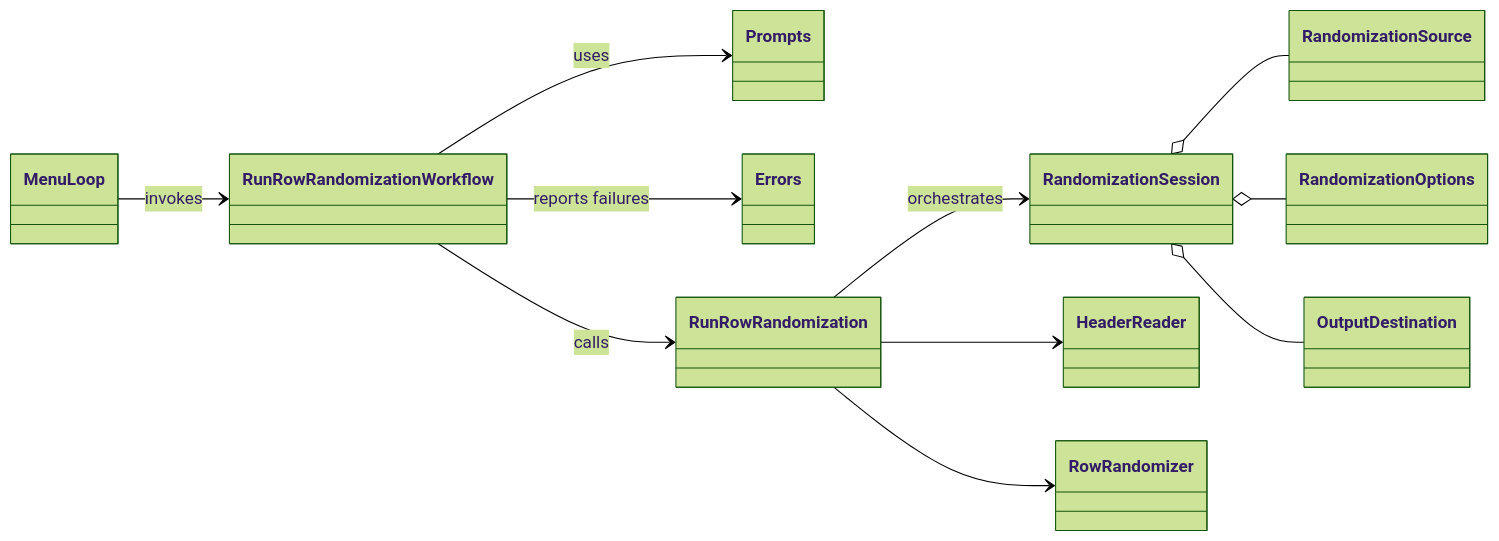
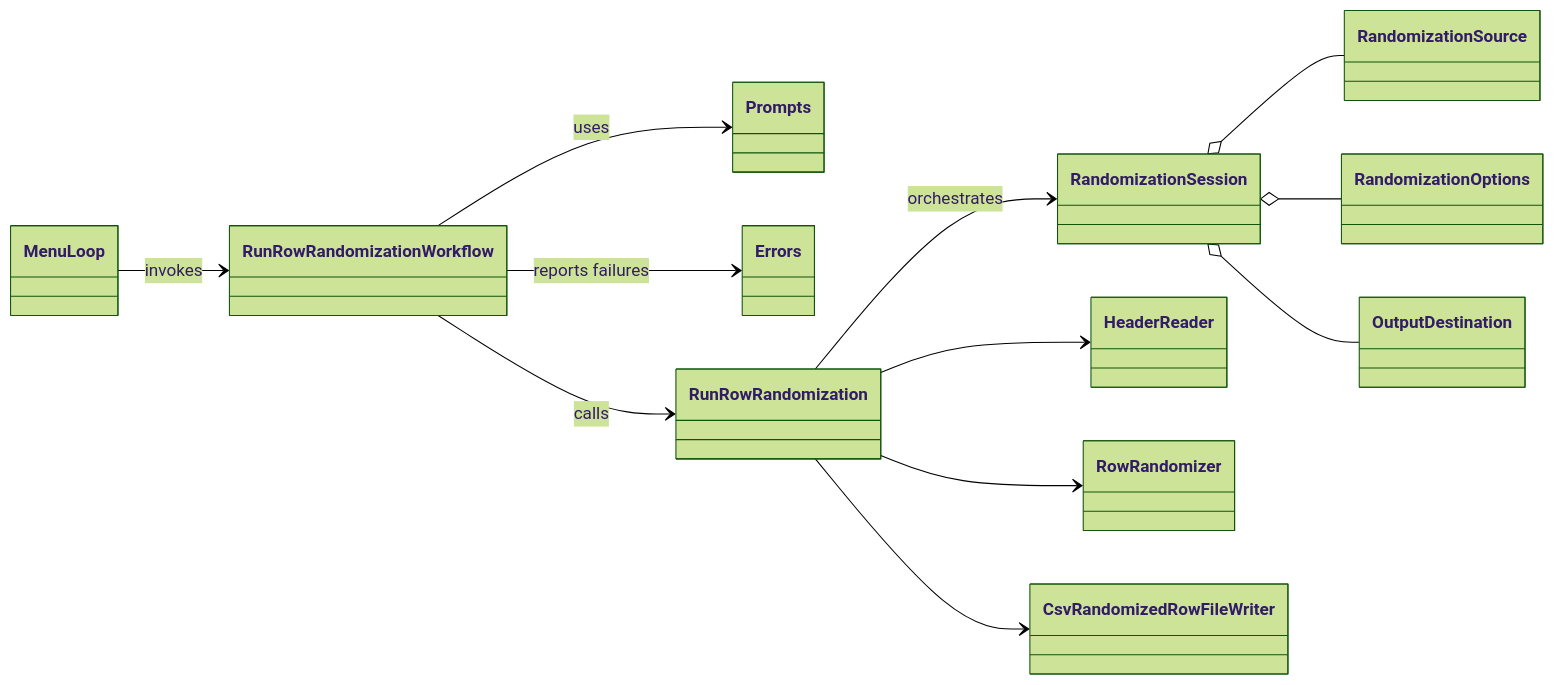
One commit to RobertAndrewHall/csvops changed the third of 4 diagrams in docs/architecture.md. Above: the diagram before and after it, drawn with Mermaid (forest theme). The commit also changed other lines of this file, not shown here.

Commit message:
Align architecture Mermaid diagrams with writer adapter dependencies

````diff
--- a/docs/architecture.md
+++ b/docs/architecture.md
@@ -274,26 +274,28 @@
 ```mermaid
 classDiagram
   direction LR
   class MenuLoop
   class RunRowRandomizationWorkflow
   class Prompts
   class Errors
   class RunRowRandomization
   class RandomizationSession
   class RandomizationSource
   class RandomizationOptions
   class OutputDestination
   class HeaderReader
   class RowRandomizer
+  class CsvRandomizedRowFileWriter
 
   MenuLoop --> RunRowRandomizationWorkflow : invokes
   RunRowRandomizationWorkflow --> Prompts : uses
   RunRowRandomizationWorkflow --> Errors : reports failures
   RunRowRandomizationWorkflow --> RunRowRandomization : calls
   RunRowRandomization --> RandomizationSession : orchestrates
   RandomizationSession o-- RandomizationSource
   RandomizationSession o-- RandomizationOptions
   RandomizationSession o-- OutputDestination
   RunRowRandomization --> HeaderReader
   RunRowRandomization --> RowRandomizer
+  RunRowRandomization --> CsvRandomizedRowFileWriter
 ```
````
